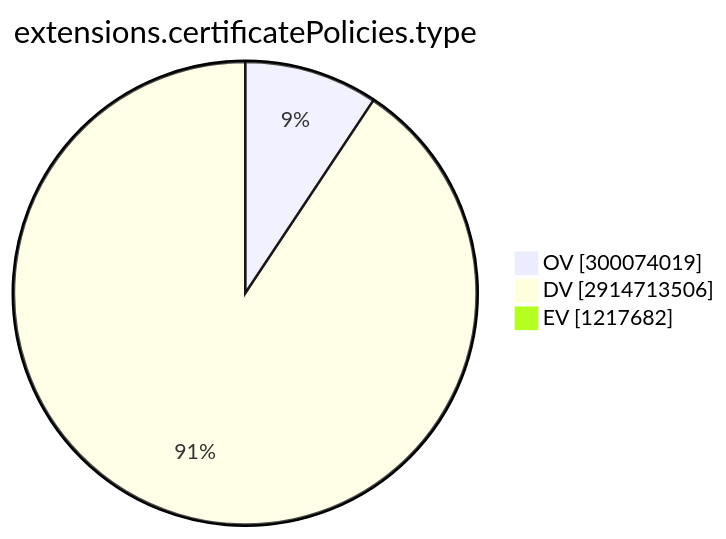
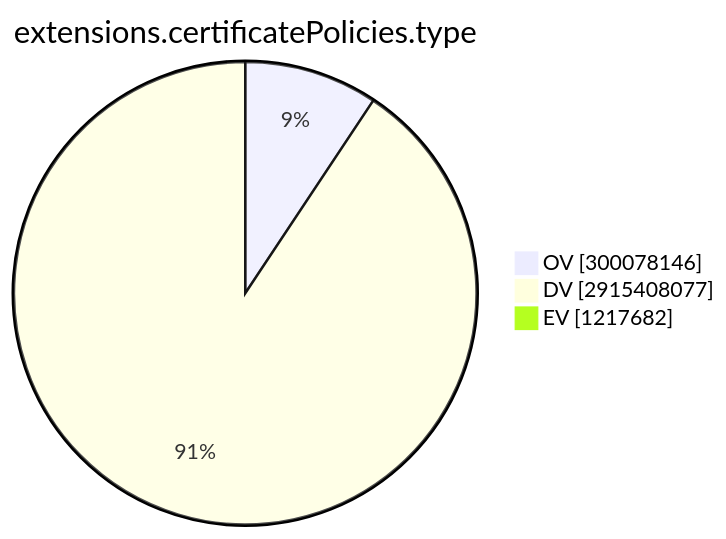
One commit to christiankrug/ctmonitor_visualization changed the ninth of 15 diagrams in TOTAL/README.md. Above: the diagram before and after it, drawn with Mermaid. The commit also changed other lines of this file, not shown here.

````diff
--- a/TOTAL/README.md
+++ b/TOTAL/README.md
@@ -3101,7 +3101,7 @@
 ```mermaid
 pie showData
 title extensions.certificatePolicies.type
-"OV" :300074019
-"DV" :2914713506
+"OV" :300078146
+"DV" :2915408077
 "EV" :1217682
 ```
````
